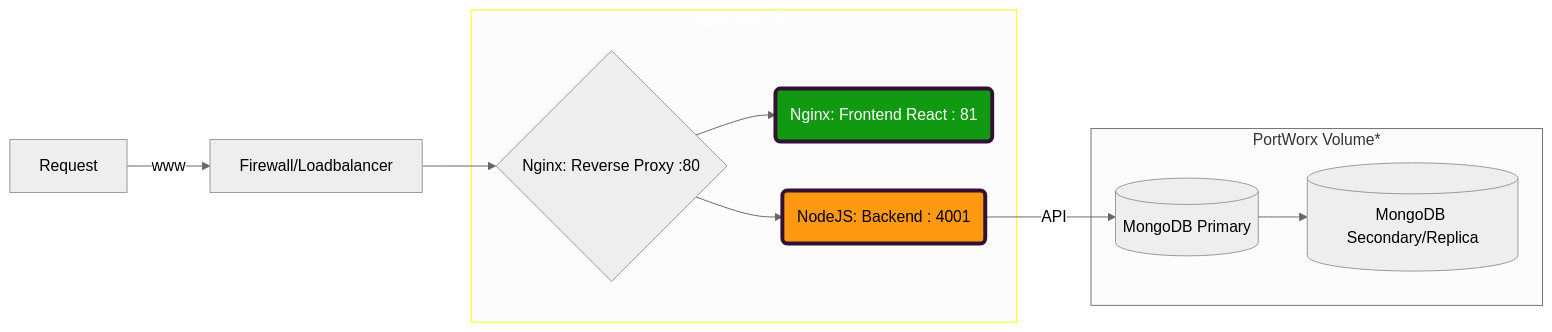
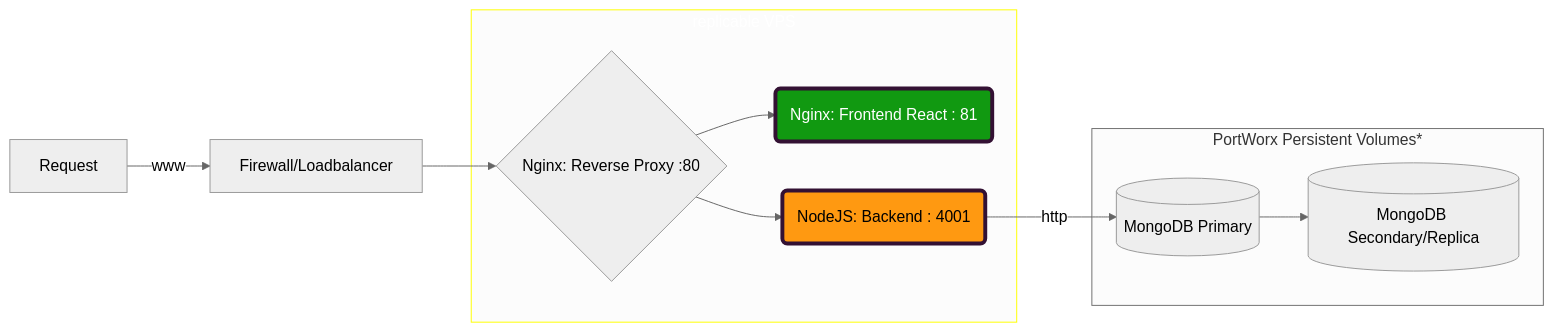
One commit to derrabauke/lecture-devops-app changed the second of 2 diagrams in concept.md. Above: the diagram before and after it, drawn with Mermaid (neutral theme). The commit also changed other lines of this file, not shown here.

````diff
--- a/concept.md
+++ b/concept.md
@@ -86,21 +97,21 @@
 ```mermaid
 graph LR
     R[Request] -->|www|C[Firewall/Loadbalancer]
       C-->RP 
       RP-->F
       RP-->B
-      B-->|API|DB1
+      B-->|http|DB1
     
     subgraph subID[replicable VPS]
       RP{Nginx: Reverse Proxy :80 }
       F(Nginx: Frontend React : 81)
       B(NodeJS: Backend : 4001)
     end
-    subgraph PortWorx Volume*
+    subgraph PortWorx Persistent Volumes*
       DB1[(MongoDB Primary)]-->DB2
       DB2[(MongoDB Secondary/Replica)]
     end
     style subID color:white,fill:#f9ff9,stroke:yellow
     style B color:black,fill:#f91,stroke:#313,stroke-width:4px
     style F color:white,fill:#191,stroke:#313,stroke-width:4px
 ``` 
````
